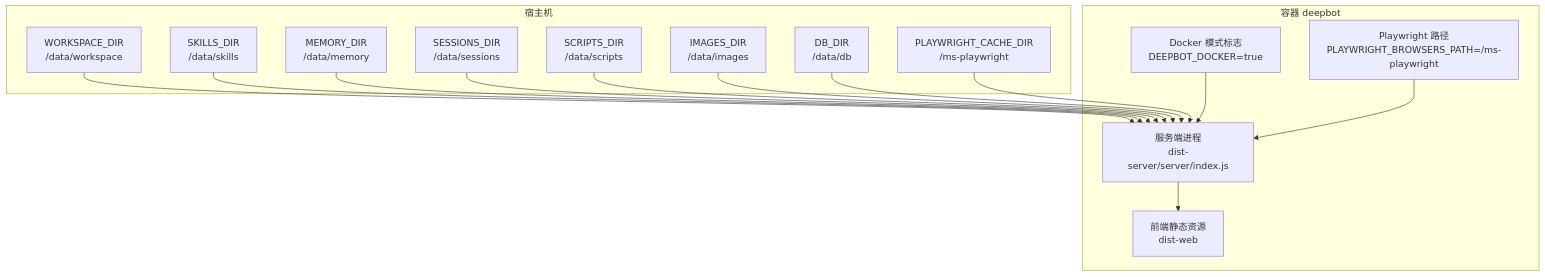
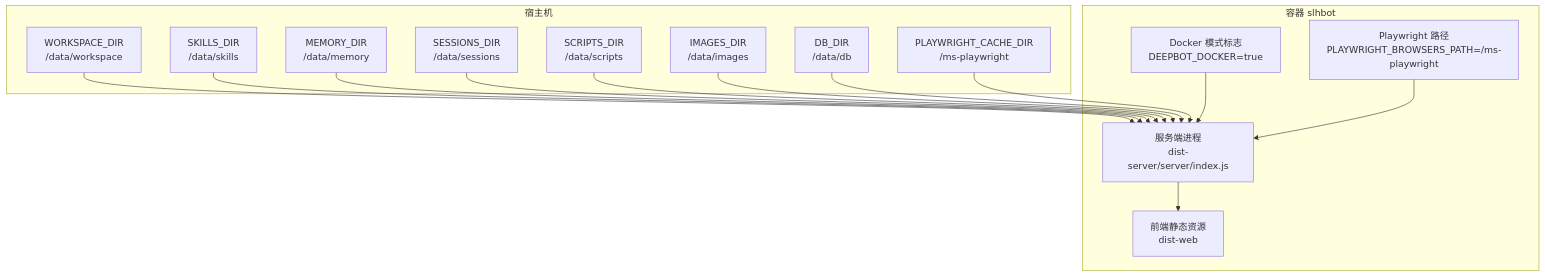
Before and after one commit to HEROhuqinchao/deepbot: the second of 6 diagrams in .qoder/repowiki/zh/content/开发和部署/构建和打包/Docker 构建配置.md, drawn with Mermaid. The commit also changed other lines of this file and 250 other files, not shown here.

````diff
--- a/.qoder/repowiki/zh/content/开发和部署/构建和打包/Docker 构建配置.md
+++ b/.qoder/repowiki/zh/content/开发和部署/构建和打包/Docker 构建配置.md
@@ -82,30 +82,30 @@
 ```mermaid
 graph TB
 subgraph "宿主机"
 V1["WORKSPACE_DIR<br/>/data/workspace"]
 V2["SKILLS_DIR<br/>/data/skills"]
 V3["MEMORY_DIR<br/>/data/memory"]
 V4["SESSIONS_DIR<br/>/data/sessions"]
 V5["SCRIPTS_DIR<br/>/data/scripts"]
 V6["IMAGES_DIR<br/>/data/images"]
 V7["DB_DIR<br/>/data/db"]
 V8["PLAYWRIGHT_CACHE_DIR<br/>/ms-playwright"]
 end
-subgraph "容器 deepbot"
+subgraph "容器 slhbot"
 S1["服务端进程<br/>dist-server/server/index.js"]
 S2["前端静态资源<br/>dist-web"]
 S3["Docker 模式标志<br/>DEEPBOT_DOCKER=true"]
 S4["Playwright 路径<br/>PLAYWRIGHT_BROWSERS_PATH=/ms-playwright"]
 end
 V1 --> S1
 V2 --> S1
 V3 --> S1
 V4 --> S1
 V5 --> S1
 V6 --> S1
 V7 --> S1
 V8 --> S1
 S1 --> S2
 S3 --> S1
 S4 --> S1
 ```
````
